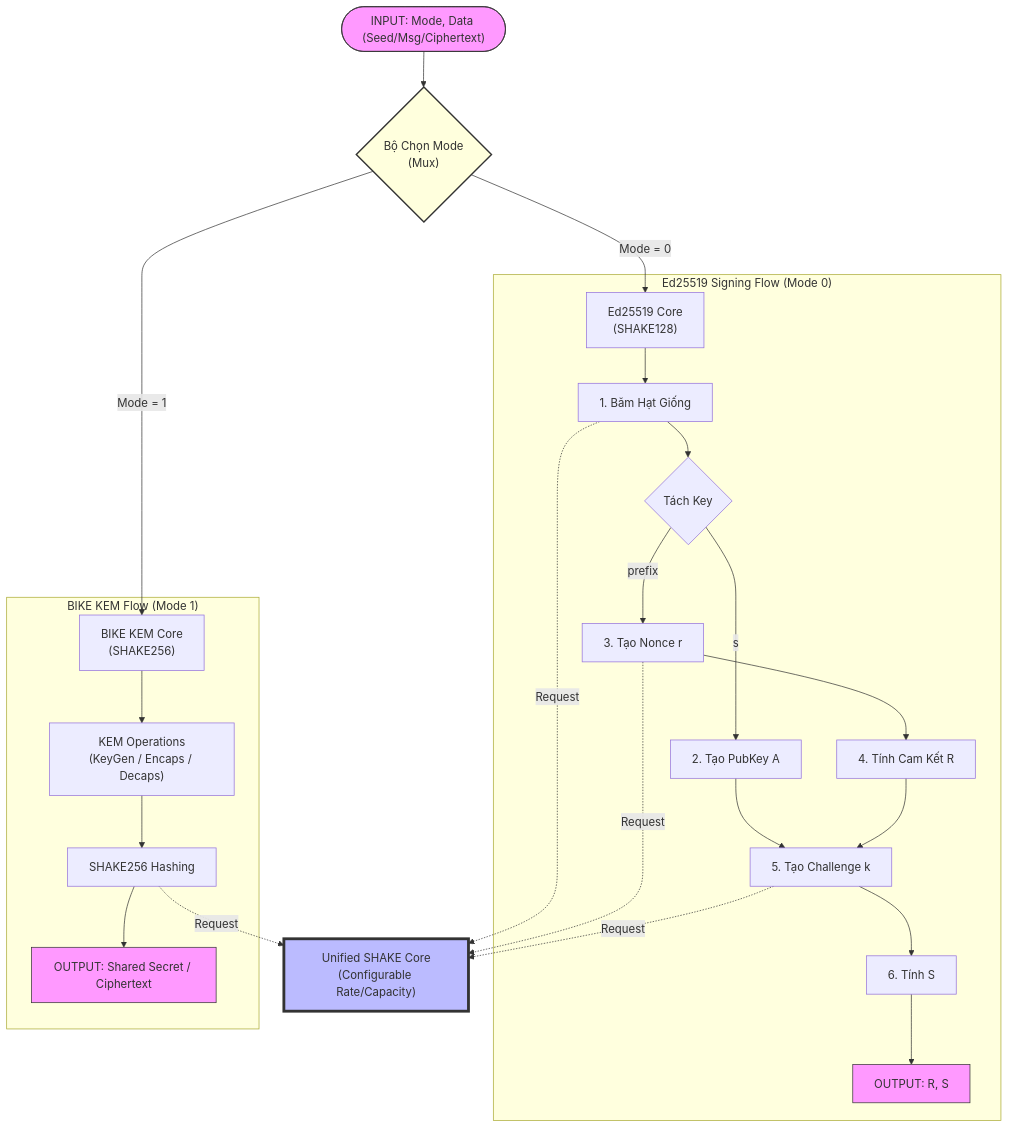
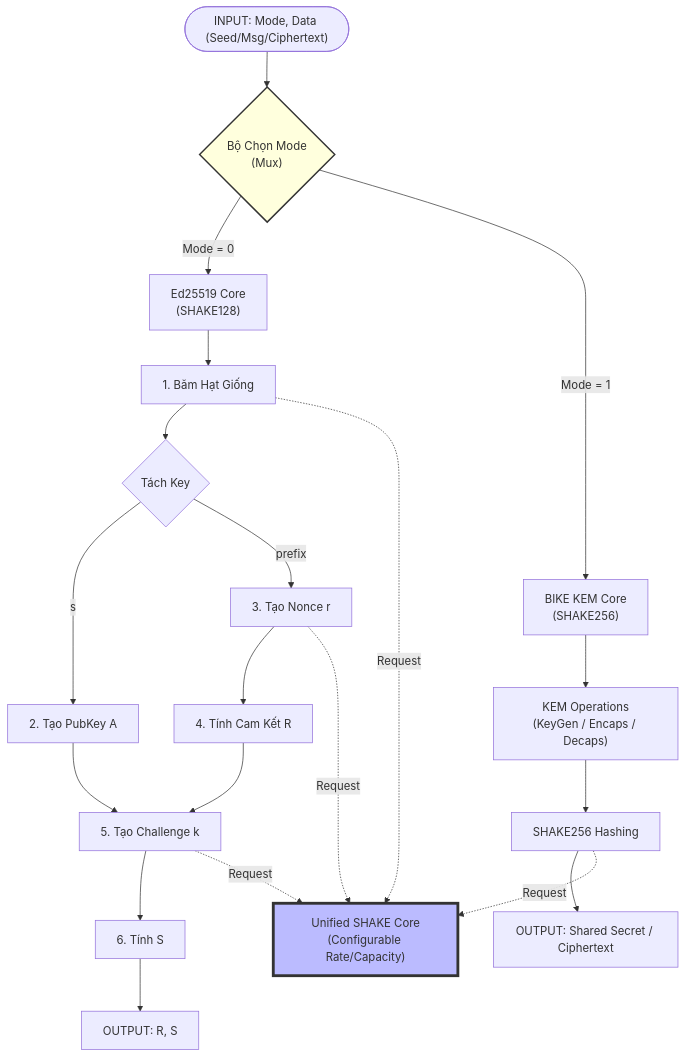
Before and after one commit to BAT-LAB69/CRYPTO_SOC: the diagram in README.md, drawn with Mermaid.

````diff
--- a/README.md
+++ b/README.md
@@ -2,42 +2,35 @@
 ```mermaid
 flowchart TD
     %% System Input
     Input(["INPUT: Mode, Data (Seed/Msg/Ciphertext)"]) --> Mux{"Bộ Chọn Mode<br>(Mux)"}
 
     %% Mode Selection
     Mux -->|Mode = 0| EdFlow["Ed25519 Core\n(SHAKE128)"]
     Mux -->|Mode = 1| KEMFlow["BIKE KEM Core\n(SHAKE256)"]
 
     %% Ed25519 Detailed Flow
-    subgraph "Ed25519 Signing Flow (Mode 0)"
-        EdFlow --> HashSeed["1. Băm Hạt Giống"]
-        HashSeed --> Split{Tách Key}
-        Split -->|s| GenPub["2. Tạo PubKey A"]
-        Split -->|prefix| HashNonce["3. Tạo Nonce r"]
-        GenPub --> HashChal["5. Tạo Challenge k"]
-        HashNonce --> GenR["4. Tính Cam Kết R"]
-        GenR --> HashChal
-        HashChal --> CalcS["6. Tính S"]
-        CalcS --> EdOut["OUTPUT: R, S"]
-    end
+    EdFlow --> HashSeed["1. Băm Hạt Giống"]
+    HashSeed --> Split{Tách Key}
+    Split -->|s| GenPub["2. Tạo PubKey A"]
+    Split -->|prefix| HashNonce["3. Tạo Nonce r"]
+    GenPub --> HashChal["5. Tạo Challenge k"]
+    HashNonce --> GenR["4. Tính Cam Kết R"]
+    GenR --> HashChal
+    HashChal --> CalcS["6. Tính S"]
+    CalcS --> EdOut["OUTPUT: R, S"]
 
     %% KEM Detailed Flow (Placeholder)
-    subgraph "BIKE KEM Flow (Mode 1)"
-        KEMFlow --> KEMOp["KEM Operations\n(KeyGen / Encaps / Decaps)"]
-        KEMOp --> KEMHash["SHAKE256 Hashing"]
-        KEMHash --> KEMOut["OUTPUT: Shared Secret / Ciphertext"]
-    end
+    KEMFlow --> KEMOp["KEM Operations\n(KeyGen / Encaps / Decaps)"]
+    KEMOp --> KEMHash["SHAKE256 Hashing"]
+    KEMHash --> KEMOut["OUTPUT: Shared Secret / Ciphertext"]
 
     %% Unified Keccak Core
     HashSeed -.->|Request| ShakeCore["Unified SHAKE Core\n(Configurable Rate/Capacity)"]
     HashNonce -.->|Request| ShakeCore
     HashChal -.->|Request| ShakeCore
     KEMHash -.->|Request| ShakeCore
 
     %% Styling
-    style Input fill:#f9f,stroke:#333
-    style EdOut fill:#f9f,stroke:#333
-    style KEMOut fill:#f9f,stroke:#333
     style Mux fill:#ffd,stroke:#333,stroke-width:2px
     style ShakeCore fill:#bbf,stroke:#333,stroke-width:4px
 ```
````
